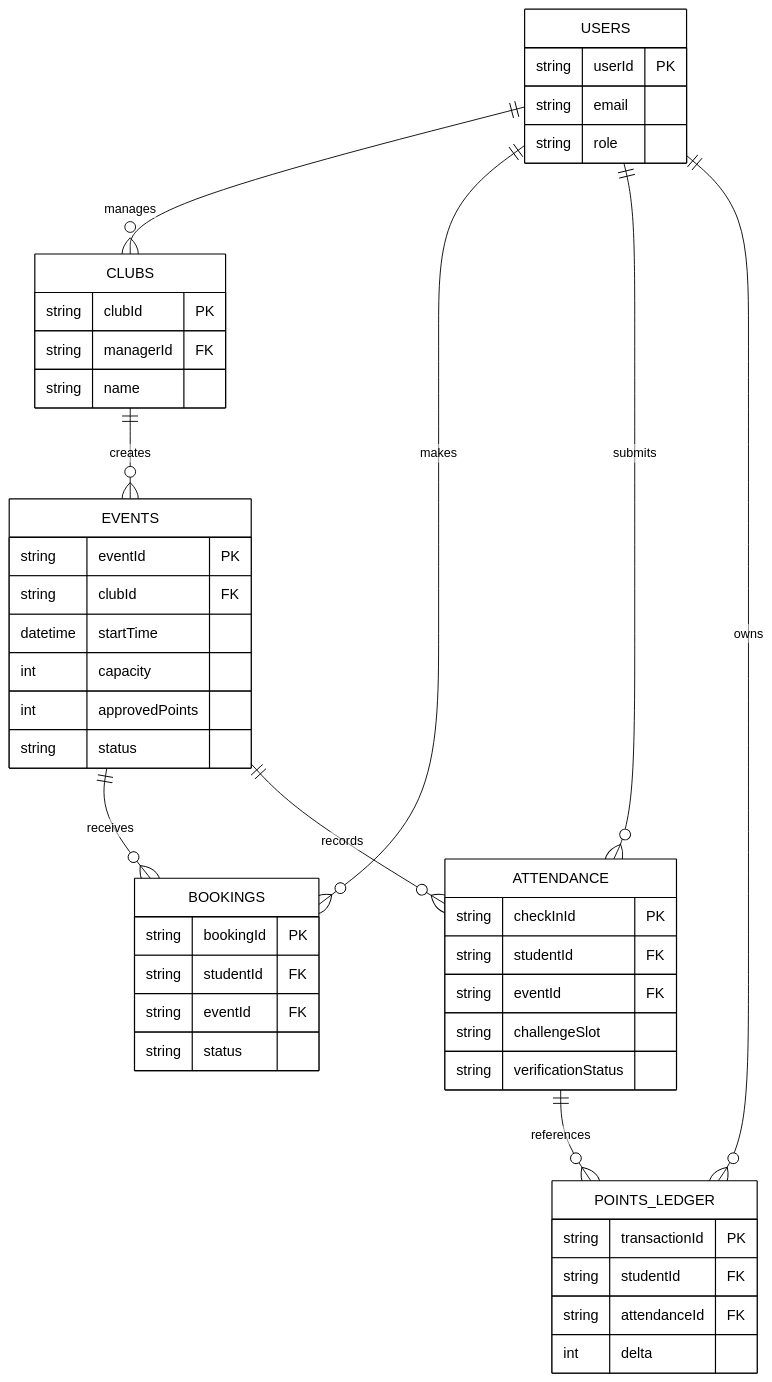
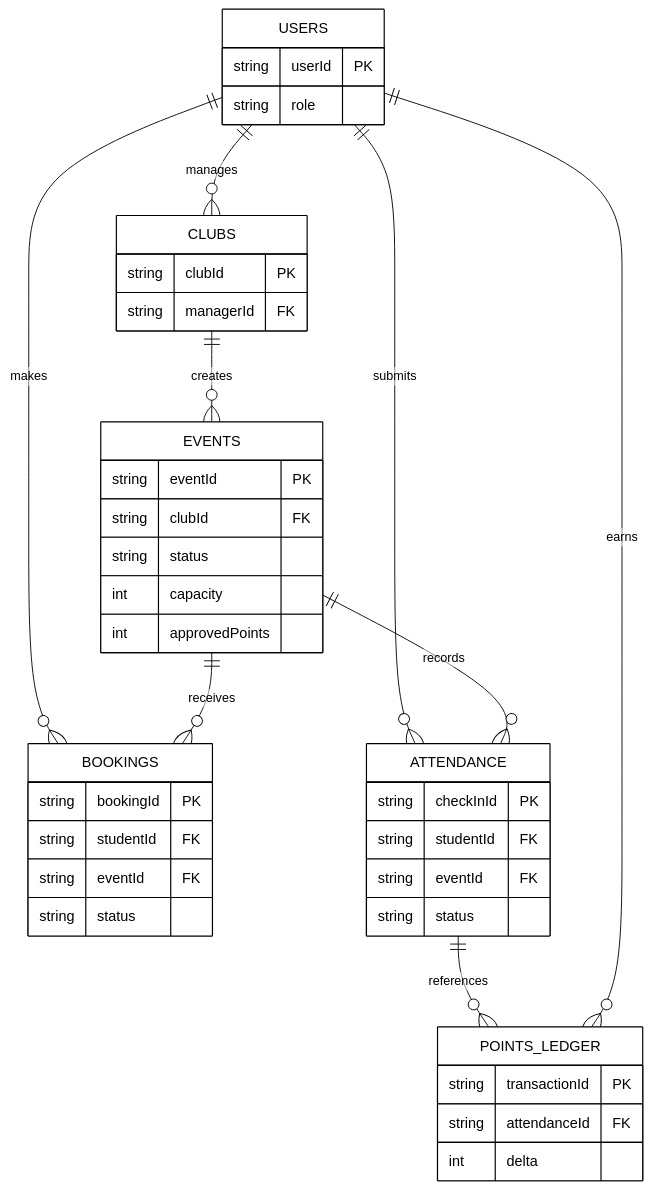
Before and after one commit to chuyaoooo/MDP: the second of 3 diagrams in docs/part1/05-architecture-data.md, drawn with Mermaid. The commit also changed other lines of this file, not shown here.

````diff
--- a/docs/part1/05-architecture-data.md
+++ b/docs/part1/05-architecture-data.md
@@ -50,50 +35,45 @@
 ```mermaid
-%%{init: {"theme":"base","themeVariables":{"background":"#ffffff","primaryColor":"#ffffff","primaryTextColor":"#000000","primaryBorderColor":"#000000","secondaryColor":"#ffffff","tertiaryColor":"#ffffff","lineColor":"#000000","textColor":"#000000","edgeLabelBackground":"#ffffff","mainBkg":"#ffffff","nodeBorder":"#000000","clusterBkg":"#ffffff","clusterBorder":"#000000","labelTextColor":"#000000","labelBoxBkgColor":"#ffffff","labelBoxBorderColor":"#000000"}}}%%
+%%{init: {"theme":"base","themeVariables":{"background":"#ffffff","primaryColor":"#ffffff","primaryTextColor":"#000000","primaryBorderColor":"#000000","secondaryColor":"#ffffff","tertiaryColor":"#ffffff","lineColor":"#000000","textColor":"#000000","edgeLabelBackground":"#ffffff"}}}%%
 erDiagram
     USERS ||--o{ CLUBS : manages
     CLUBS ||--o{ EVENTS : creates
     USERS ||--o{ BOOKINGS : makes
     EVENTS ||--o{ BOOKINGS : receives
     USERS ||--o{ ATTENDANCE : submits
     EVENTS ||--o{ ATTENDANCE : records
-    USERS ||--o{ POINTS_LEDGER : owns
     ATTENDANCE ||--o{ POINTS_LEDGER : references
-
+    USERS ||--o{ POINTS_LEDGER : earns
     USERS {
         string userId PK
-        string email
         string role
     }
     CLUBS {
         string clubId PK
         string managerId FK
-        string name
     }
     EVENTS {
         string eventId PK
         string clubId FK
-        datetime startTime
+        string status
         int capacity
         int approvedPoints
-        string status
     }
     BOOKINGS {
         string bookingId PK
         string studentId FK
         string eventId FK
         string status
     }
     ATTENDANCE {
         string checkInId PK
         string studentId FK
         string eventId FK
-        string challengeSlot
-        string verificationStatus
+        string status
     }
     POINTS_LEDGER {
         string transactionId PK
-        string studentId FK
         string attendanceId FK
         int delta
     }
+
 ```
````
